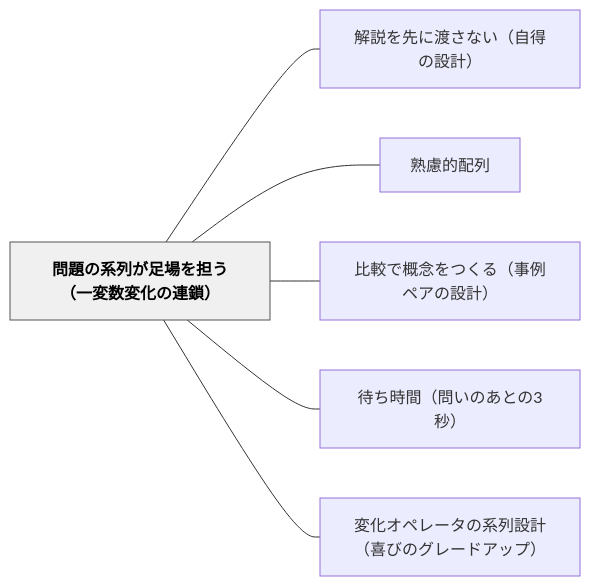
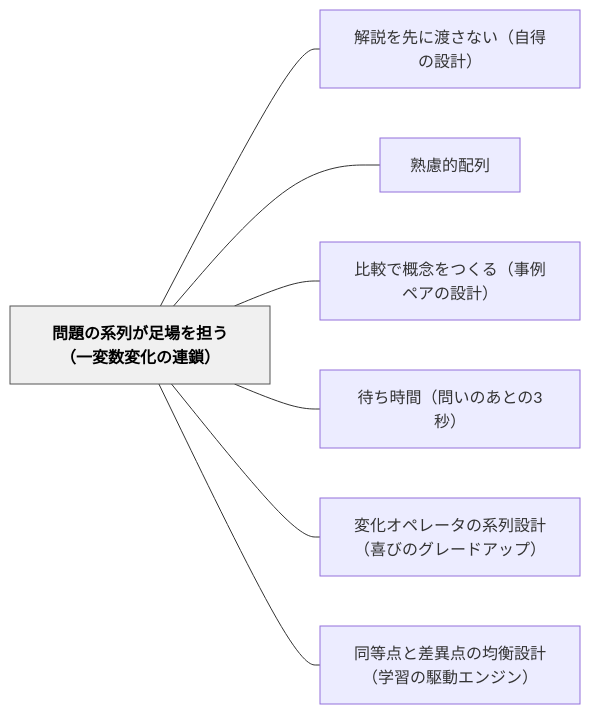
One commit to unknownthings-ed-patterns/unknownthings-ed-patterns changed the diagram in content/パタン/問題の系列が足場を担う（一変数変化の連鎖）.md. Above: the diagram before and after it, drawn with Mermaid. The commit also changed other lines of this file and 3 other files, not shown here.

````diff
--- a/content/パタン/問題の系列が足場を担う（一変数変化の連鎖）.md
+++ b/content/パタン/問題の系列が足場を担う（一変数変化の連鎖）.md
@@ -126,18 +127,20 @@
 ```mermaid
 flowchart LR
     ne5958fe9a18ce381aee7b3bbe58897e3818ce8b6b3e5a0b4e38292e68b85e38186efbc88e4b880e5a489e695b0e5a489e58c96e381aee980a3e98e96efbc89["問題の系列が足場を担う（一変数変化の連鎖）"]
     ne8a7a3e8aaace38292e58588e381abe6b8a1e38195e381aae38184efbc88e887aae5be97e381aee8a8ade8a888efbc89["解説を先に渡さない（自得の設計）"]
     ne7869fe685aee79a84e9858de58897["熟慮的配列"]
     ne6af94e8bc83e381a7e6a682e5bfb5e38292e381a4e3818fe3828befbc88e4ba8be4be8be3839ae382a2e381aee8a8ade8a888efbc89["比較で概念をつくる（事例ペアの設計）"]
     ne5be85e381a1e69982e99693efbc88e5958fe38184e381aee38182e381a8e381ae33e7a792efbc89["待ち時間（問いのあとの3秒）"]
     ne5a489e58c96e382aae3839ae383ace383bce382bfe381aee7b3bbe58897e8a8ade8a888efbc88e5969ce381b3e381aee382b0e383ace383bce38389e382a2e38383e38397efbc89["変化オペレータの系列設計（喜びのグレードアップ）"]
+    ne5908ce7ad89e782b9e381a8e5b7aee795b0e782b9e381aee59d87e8a1a1e8a8ade8a888efbc88e5ada6e7bf92e381aee9a786e58b95e382a8e383b3e382b8e383b3efbc89["同等点と差異点の均衡設計（学習の駆動エンジン）"]
 
     ne5958fe9a18ce381aee7b3bbe58897e3818ce8b6b3e5a0b4e38292e68b85e38186efbc88e4b880e5a489e695b0e5a489e58c96e381aee980a3e98e96efbc89 --- ne8a7a3e8aaace38292e58588e381abe6b8a1e38195e381aae38184efbc88e887aae5be97e381aee8a8ade8a888efbc89
     ne5958fe9a18ce381aee7b3bbe58897e3818ce8b6b3e5a0b4e38292e68b85e38186efbc88e4b880e5a489e695b0e5a489e58c96e381aee980a3e98e96efbc89 --- ne7869fe685aee79a84e9858de58897
     ne5958fe9a18ce381aee7b3bbe58897e3818ce8b6b3e5a0b4e38292e68b85e38186efbc88e4b880e5a489e695b0e5a489e58c96e381aee980a3e98e96efbc89 --- ne6af94e8bc83e381a7e6a682e5bfb5e38292e381a4e3818fe3828befbc88e4ba8be4be8be3839ae382a2e381aee8a8ade8a888efbc89
     ne5958fe9a18ce381aee7b3bbe58897e3818ce8b6b3e5a0b4e38292e68b85e38186efbc88e4b880e5a489e695b0e5a489e58c96e381aee980a3e98e96efbc89 --- ne5be85e381a1e69982e99693efbc88e5958fe38184e381aee38182e381a8e381ae33e7a792efbc89
     ne5958fe9a18ce381aee7b3bbe58897e3818ce8b6b3e5a0b4e38292e68b85e38186efbc88e4b880e5a489e695b0e5a489e58c96e381aee980a3e98e96efbc89 --- ne5a489e58c96e382aae3839ae383ace383bce382bfe381aee7b3bbe58897e8a8ade8a888efbc88e5969ce381b3e381aee382b0e383ace383bce38389e382a2e38383e38397efbc89
+    ne5958fe9a18ce381aee7b3bbe58897e3818ce8b6b3e5a0b4e38292e68b85e38186efbc88e4b880e5a489e695b0e5a489e58c96e381aee980a3e98e96efbc89 --- ne5908ce7ad89e782b9e381a8e5b7aee795b0e782b9e381aee59d87e8a1a1e8a8ade8a888efbc88e5ada6e7bf92e381aee9a786e58b95e382a8e383b3e382b8e383b3efbc89
 
     classDef hub fill:#f0f0f0,stroke:#555,color:#000,font-weight:bold
     class ne5958fe9a18ce381aee7b3bbe58897e3818ce8b6b3e5a0b4e38292e68b85e38186efbc88e4b880e5a489e695b0e5a489e58c96e381aee980a3e98e96efbc89 hub
 ```
````
